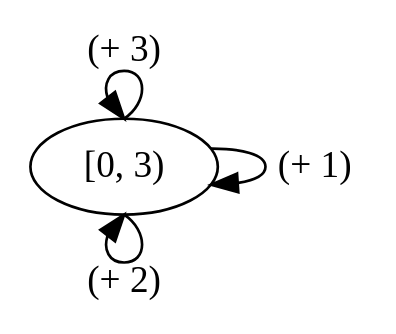
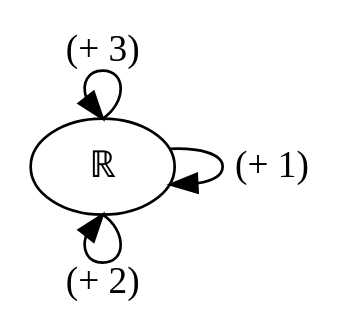
Before and after one commit to lowdewijk/catsforprogs: the seventh of 8 diagrams in README.md, drawn with Graphviz. The commit also changed other lines of this file and 1 other file, not shown here.

````diff
--- a/README.md
+++ b/README.md
@@ -304,7 +303,7 @@
  ```graphviz
 digraph G {
-  "[0, 3)":n-> "[0, 3)":n [label="(+ 3)"]
-  "[0, 3)"-> "[0, 3)" [label="(+ 1)"]
-  "[0, 3)":s-> "[0, 3)":s [label="(+ 2)"]
+  ℝ:n-> ℝ:n [label="(+ 3)"]
+  ℝ-> ℝ [label="(+ 1)"]
+  ℝ:s-> ℝ:s [label="(+ 2)"]
 }
 ```
````
